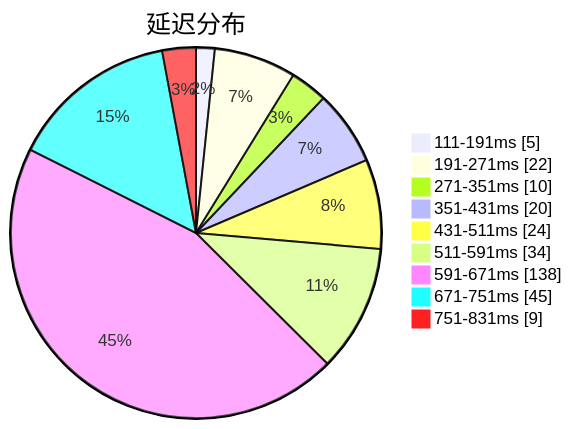
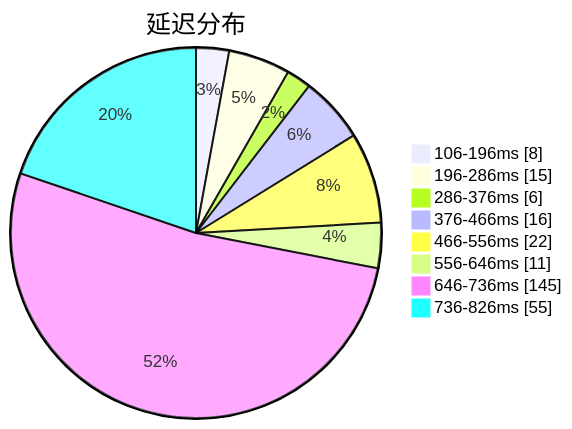
One commit to sinspired/airport changed the first of 3 diagrams in subs/statistics/tested_within.md. Above: the diagram before and after it, drawn with Mermaid. The commit also changed other lines of this file and 2 other files, not shown here.

````diff
--- a/subs/statistics/tested_within.md
+++ b/subs/statistics/tested_within.md
@@ -2,13 +2,12 @@
 ```mermaid
 pie showData
 title 延迟分布
-"111-191ms" : 5
-"191-271ms" : 22
-"271-351ms" : 10
-"351-431ms" : 20
-"431-511ms" : 24
-"511-591ms" : 34
-"591-671ms" : 138
-"671-751ms" : 45
-"751-831ms" : 9
+"106-196ms" : 8
+"196-286ms" : 15
+"286-376ms" : 6
+"376-466ms" : 16
+"466-556ms" : 22
+"556-646ms" : 11
+"646-736ms" : 145
+"736-826ms" : 55
 ```
````
